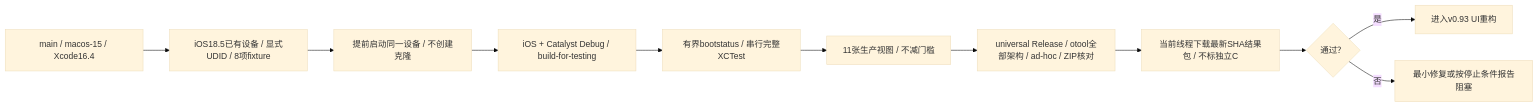
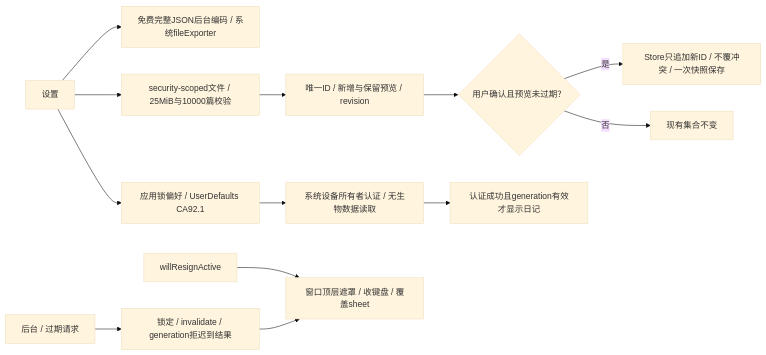
The second of 4 diagrams in md/flow/flowchart.md (Altman-sam114/117), drawn with Mermaid (base theme) before and after one commit. The commit also changed other lines of this file and 41 other files, not shown here.

````diff
--- a/md/flow/flowchart.md
+++ b/md/flow/flowchart.md
@@ -37,13 +29,15 @@
 ```mermaid
 flowchart LR
-  Main["main / macos-15 / Xcode16.4"] --> Select["iOS18.5已有设备 / 显式UDID / 8项fixture"]
-  Select --> EarlyBoot["提前启动同一设备 / 不创建克隆"]
-  EarlyBoot --> Builds["iOS + Catalyst Debug / build-for-testing"]
-  Builds --> Test["有界bootstatus / 串行完整XCTest"]
-  Test --> Images["11张生产视图 / 不减门槛"]
-  Images --> Mac["universal Release / otool全部架构 / ad-hoc / ZIP核对"]
-  Mac --> Review["当前线程下载最新SHA结果包 / 不标独立C"]
-  Review --> Gate{"通过？"}
-  Gate -- "是" --> UI["进入v0.93 UI重构"]
-  Gate -- "否" --> Stop["最小修复或按停止条件报告阻塞"]
+  Settings["设置"] --> Export["免费完整JSON后台编码 / 系统fileExporter"]
+  Settings --> Import["security-scoped文件 / 25MiB与10000篇校验"]
+  Import --> Preview["唯一ID / 新增与保留预览 / revision"]
+  Preview --> Confirm{"用户确认且预览未过期？"}
+  Confirm -- "是" --> Store["Store只追加新ID / 不覆冲突 / 一次快照保存"]
+  Confirm -- "否" --> Keep["现有集合不变"]
+  Settings --> Lock["应用锁偏好 / UserDefaults CA92.1"]
+  Lock --> LA["系统设备所有者认证 / 无生物数据读取"]
+  Background["后台 / 过期请求"] --> Generation["锁定 / invalidate / generation拒迟到结果"]
+  Inactive["willResignActive"] --> Shield["窗口顶层遮罩 / 收键盘 / 覆盖sheet"]
+  LA --> Active["认证成功且generation有效才显示日记"]
+  Generation --> Shield
 ```
````
